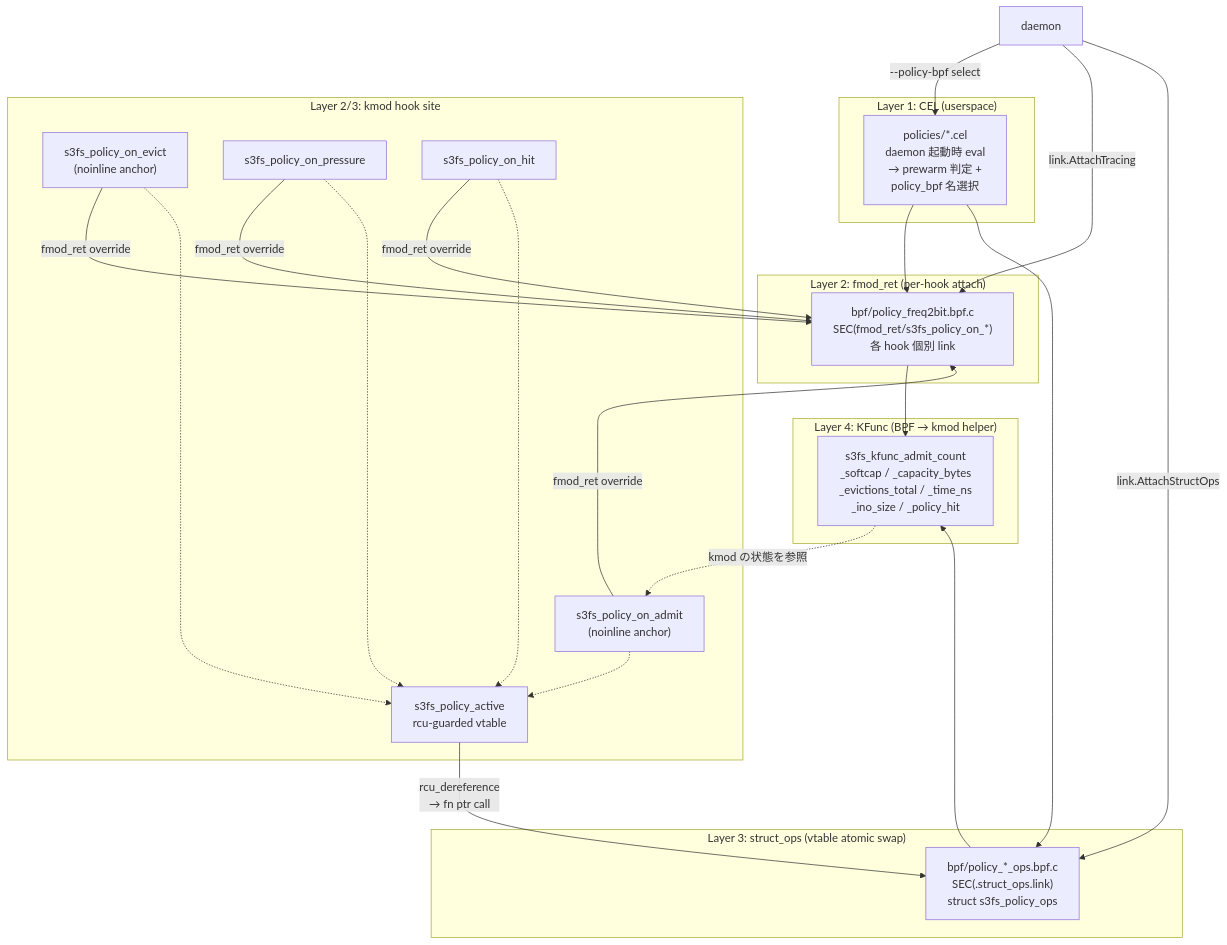
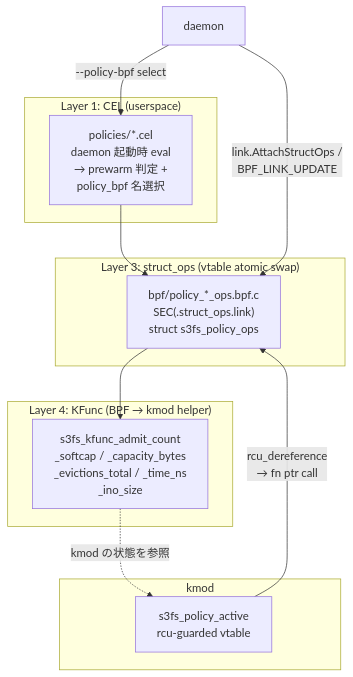
One commit to masu-mi/s3fs-ebpf changed the fourth of 5 diagrams in docs/design/component-communication.md. Above: the diagram before and after it, drawn with Mermaid. The commit also changed other lines of this file and 1 other file, not shown here.

Commit message:
docs: drop the fmod_ret layer from component-communication (removed in issue #35)
No s3fs_policy_on_* anchor exists in the kmod and test-policy-reload refuses
non-struct_ops objects; the T3 row, the overview node and the section 5 diagram
now show struct_ops only.

````diff
--- a/docs/design/component-communication.md
+++ b/docs/design/component-communication.md
@@ -307,44 +307,25 @@
 ```mermaid
 flowchart TB
     subgraph L1["Layer 1: CEL (userspace)"]
       CEL["policies/*.cel<br/>daemon 起動時 eval<br/>→ prewarm 判定 +<br/>policy_bpf 名選択"]
     end
 
-    subgraph K["Layer 2/3: kmod hook site"]
-      Anchor1["s3fs_policy_on_admit<br/>(noinline anchor)"]
-      Anchor2["s3fs_policy_on_evict<br/>(noinline anchor)"]
-      Anchor3["s3fs_policy_on_pressure"]
-      Anchor4["s3fs_policy_on_hit"]
+    subgraph K["kmod"]
       Vtable["s3fs_policy_active<br/>rcu-guarded vtable"]
-    end
-
-    subgraph L2["Layer 2: fmod_ret (per-hook attach)"]
-      FMR["bpf/policy_freq2bit.bpf.c<br/>SEC(fmod_ret/s3fs_policy_on_*)<br/>各 hook 個別 link"]
     end
 
     subgraph L3["Layer 3: struct_ops (vtable atomic swap)"]
       SO["bpf/policy_*_ops.bpf.c<br/>SEC(.struct_ops.link)<br/>struct s3fs_policy_ops"]
     end
 
     subgraph L4["Layer 4: KFunc (BPF → kmod helper)"]
-      KF["s3fs_kfunc_admit_count<br/>_softcap / _capacity_bytes<br/>_evictions_total / _time_ns<br/>_ino_size / _policy_hit"]
+      KF["s3fs_kfunc_admit_count<br/>_softcap / _capacity_bytes<br/>_evictions_total / _time_ns<br/>_ino_size"]
     end
 
     Daemon["daemon"] -->|"--policy-bpf select"| CEL
-    CEL --> FMR
     CEL --> SO
-    Daemon -->|"link.AttachTracing"| FMR
-    Daemon -->|"link.AttachStructOps"| SO
-    Anchor1 -->|"fmod_ret override"| FMR
-    Anchor2 -->|"fmod_ret override"| FMR
-    Anchor3 -->|"fmod_ret override"| FMR
-    Anchor4 -->|"fmod_ret override"| FMR
-    Anchor1 -.-> Vtable
-    Anchor2 -.-> Vtable
-    Anchor3 -.-> Vtable
-    Anchor4 -.-> Vtable
+    Daemon -->|"link.AttachStructOps /<br/>BPF_LINK_UPDATE"| SO
     Vtable -->|"rcu_dereference<br/>→ fn ptr call"| SO
     SO --> KF
-    FMR --> KF
-    KF -.->|"kmod の状態を参照"| Anchor1
+    KF -.->|"kmod の状態を参照"| Vtable
 ```
````
